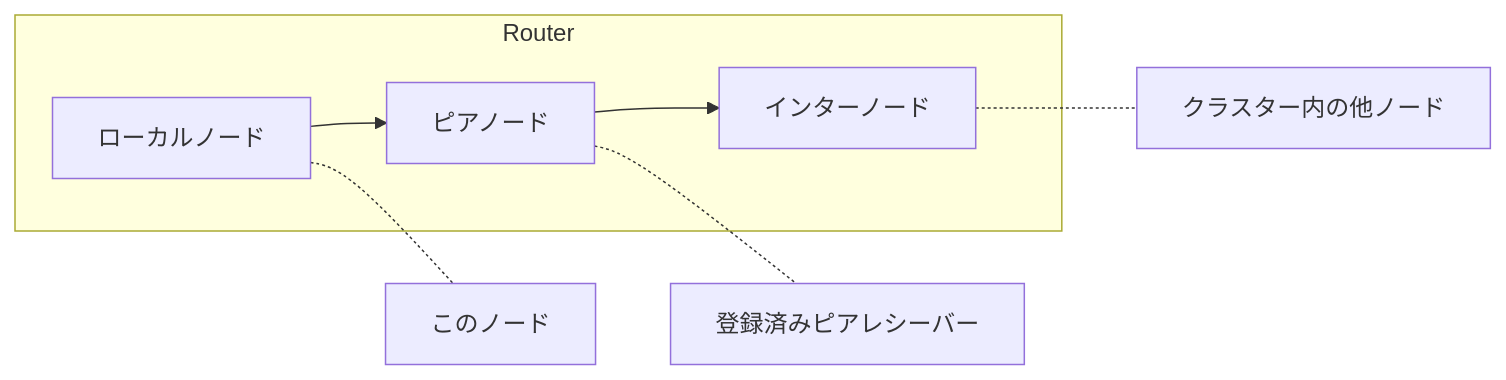
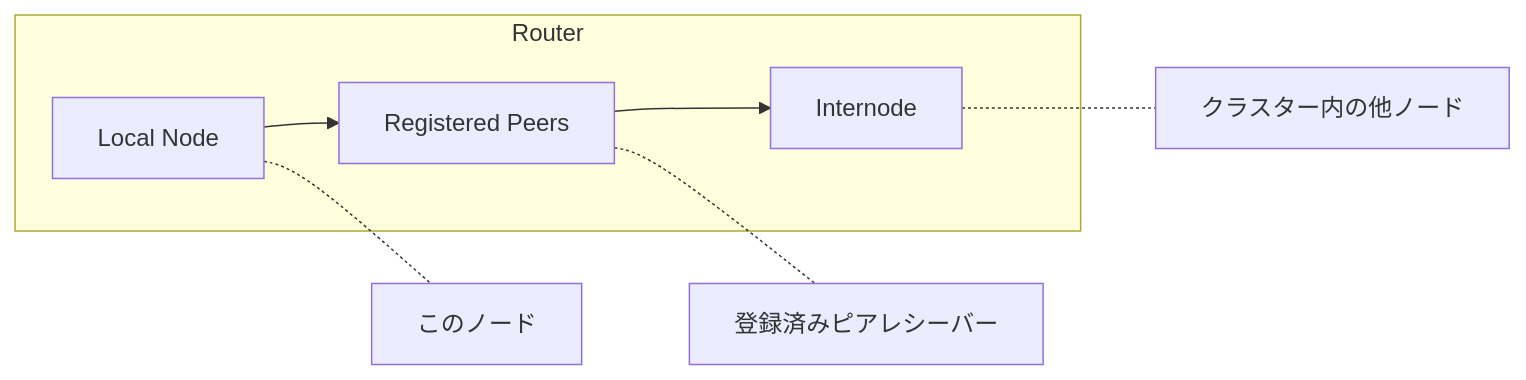
One commit to wippyai/docs changed the third of 3 diagrams in ja/internals/architecture.md. Above: the diagram before and after it, drawn with Mermaid. The commit also changed other lines of this file and 870 other files, not shown here.

````diff
--- a/ja/internals/architecture.md
+++ b/ja/internals/architecture.md
@@ -169,11 +168,11 @@
 ```mermaid
 flowchart LR
     subgraph Router
-        Local[ローカルノード] --> Peer[ピアノード]
-        Peer --> Inter[インターノード]
+        Local[Local Node] --> Peer[Registered Peers]
+        Peer --> Inter[Internode]
     end
 
     Local -.- L[このノード]
     Peer -.- P[登録済みピアレシーバー]
     Inter -.- I[クラスター内の他ノード]
 ```
````
